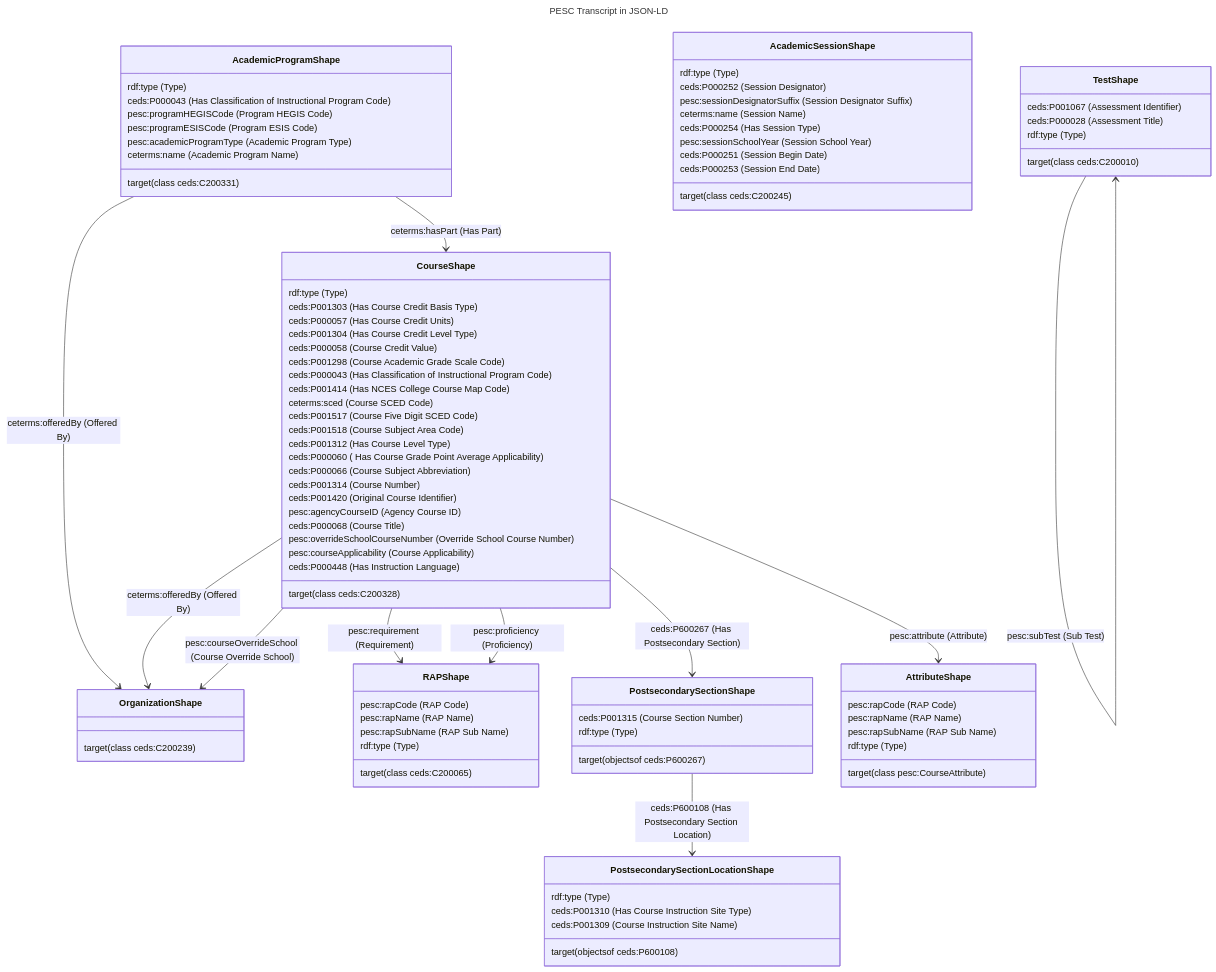
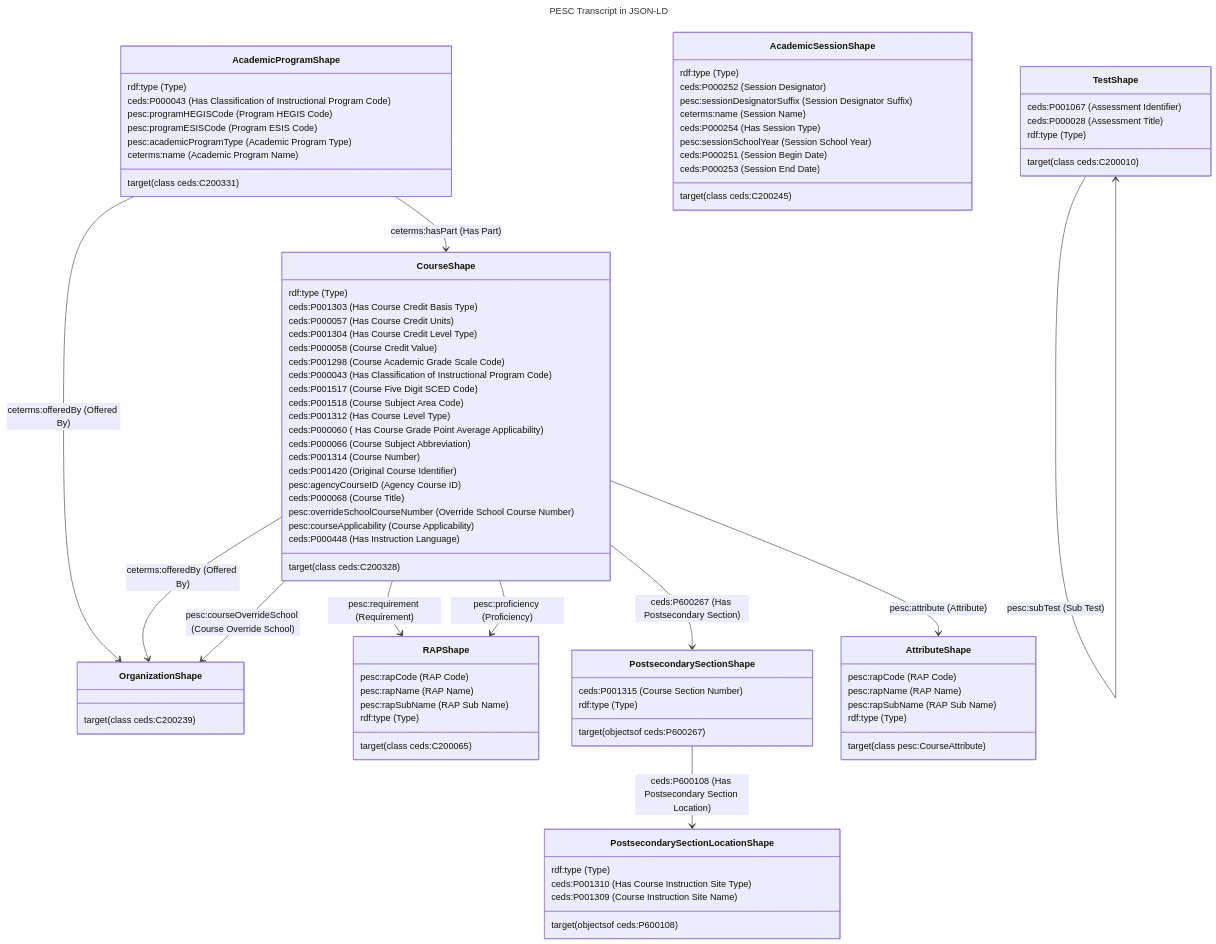
One commit to pesc-org/json-ld-transcript changed the diagram in TAP+SHACL/course-related.md. Above: the diagram before and after it, drawn with Mermaid. The commit also changed 6 other files, not shown here.

Commit message:
rmv CourseNCESCode (ceds:P001414) & CourseSCEDCode (ceterms:ceds)

```diff
--- a/TAP+SHACL/course-related.md
+++ b/TAP+SHACL/course-related.md
@@ -52,8 +52,6 @@
 	CourseShape : ceds#58;P000058 #40;Course Credit Value#41;
 	CourseShape : ceds#58;P001298 #40;Course Academic Grade Scale Code#41;
 	CourseShape : ceds#58;P000043 #40;Has Classification of Instructional Program Code#41;
-	CourseShape : ceds#58;P001414 #40;Has NCES College Course Map Code#41;
-	CourseShape : ceterms#58;sced #40;Course SCED Code#41;
 	CourseShape : ceds#58;P001517 #40;Course Five Digit SCED Code#41;
 	CourseShape : ceds#58;P001518 #40;Course Subject Area Code#41;
 	CourseShape : ceds#58;P001312 #40;Has Course Level Type#41;
```
